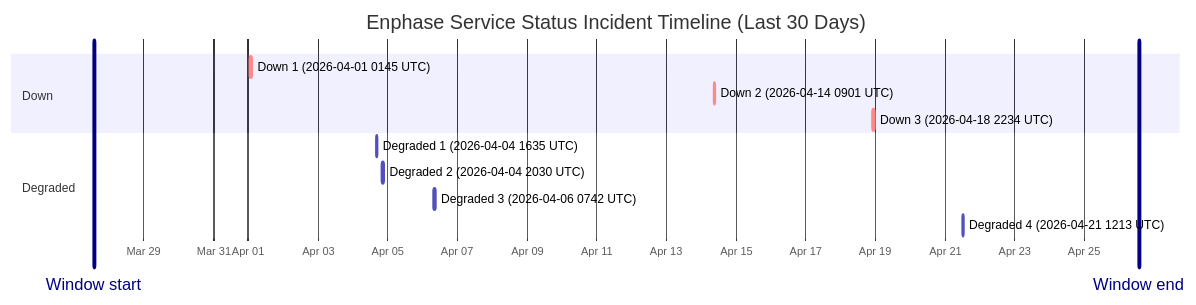
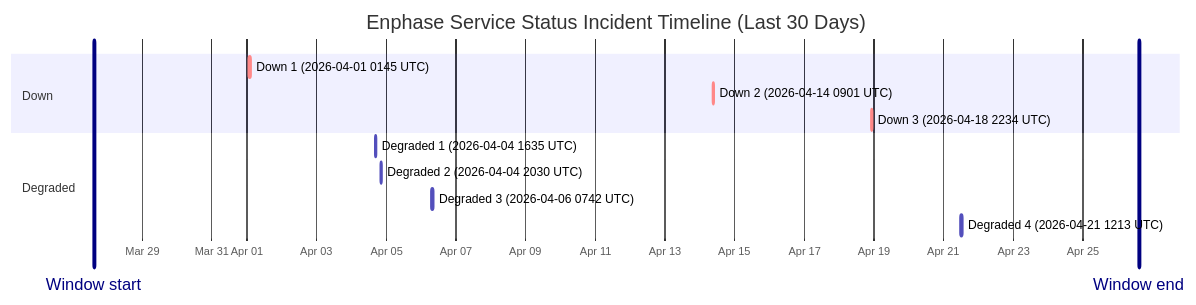
The diagram in wiki/Service-Status-History.md (barneyonline/ha-enphase-ev-charger), drawn with Mermaid before and after one commit. The commit also changed other lines of this file and 3 other files, not shown here.

````diff
--- a/wiki/Service-Status-History.md
+++ b/wiki/Service-Status-History.md
@@ -14,17 +14,17 @@
 ```mermaid
 gantt
     title Enphase Service Status Incident Timeline (Last 30 Days)
     dateFormat  YYYY-MM-DDTHH:mm:ss
     axisFormat  %b %d
-    Window start :vert, window-start, 2026-03-27T13:45:51, 0ms
-    Window end :vert, window-end, 2026-04-26T13:45:51, 0ms
+    Window start :vert, window-start, 2026-03-27T14:42:09, 0ms
+    Window end :vert, window-end, 2026-04-26T14:42:09, 0ms
     section Down
     Down 1 (2026-04-01 0145 UTC) :crit, down-1, 2026-04-01T01:45:09, 60m
     Down 2 (2026-04-14 0901 UTC) :crit, down-2, 2026-04-14T09:01:13, 60m
     Down 3 (2026-04-18 2234 UTC) :crit, down-3, 2026-04-18T22:34:13, 60m
     section Degraded
     Degraded 1 (2026-04-04 1635 UTC) :active, degraded-1, 2026-04-04T16:35:17, 60m
     Degraded 2 (2026-04-04 2030 UTC) :active, degraded-2, 2026-04-04T20:30:40, 60m
     Degraded 3 (2026-04-06 0742 UTC) :active, degraded-3, 2026-04-06T07:42:09, 85m
     Degraded 4 (2026-04-21 1213 UTC) :active, degraded-4, 2026-04-21T12:13:11, 60m
 ```
````
